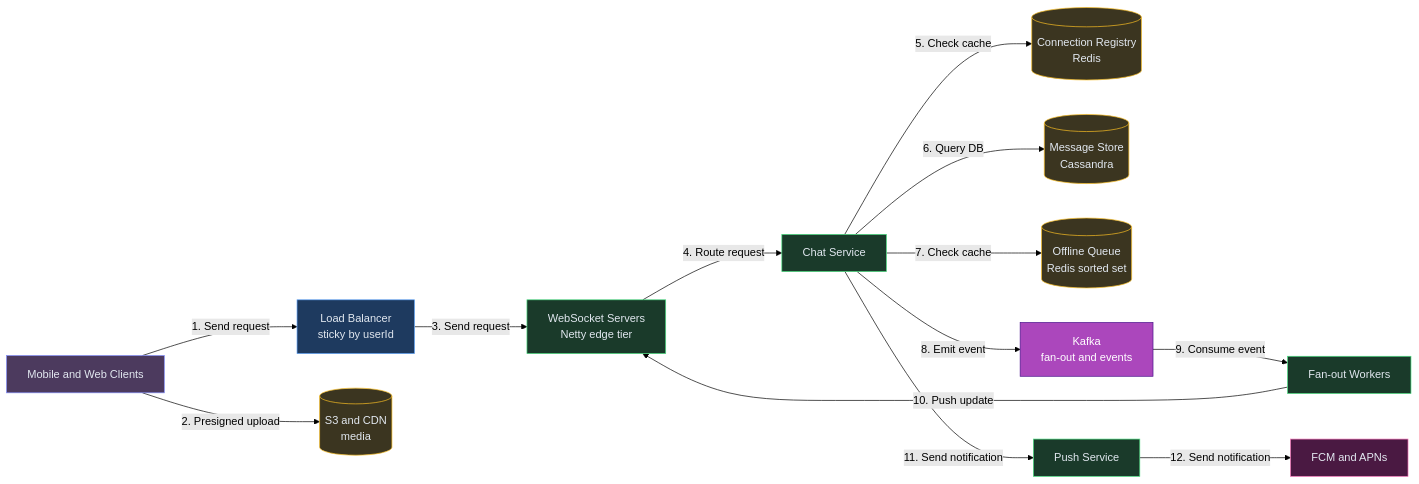
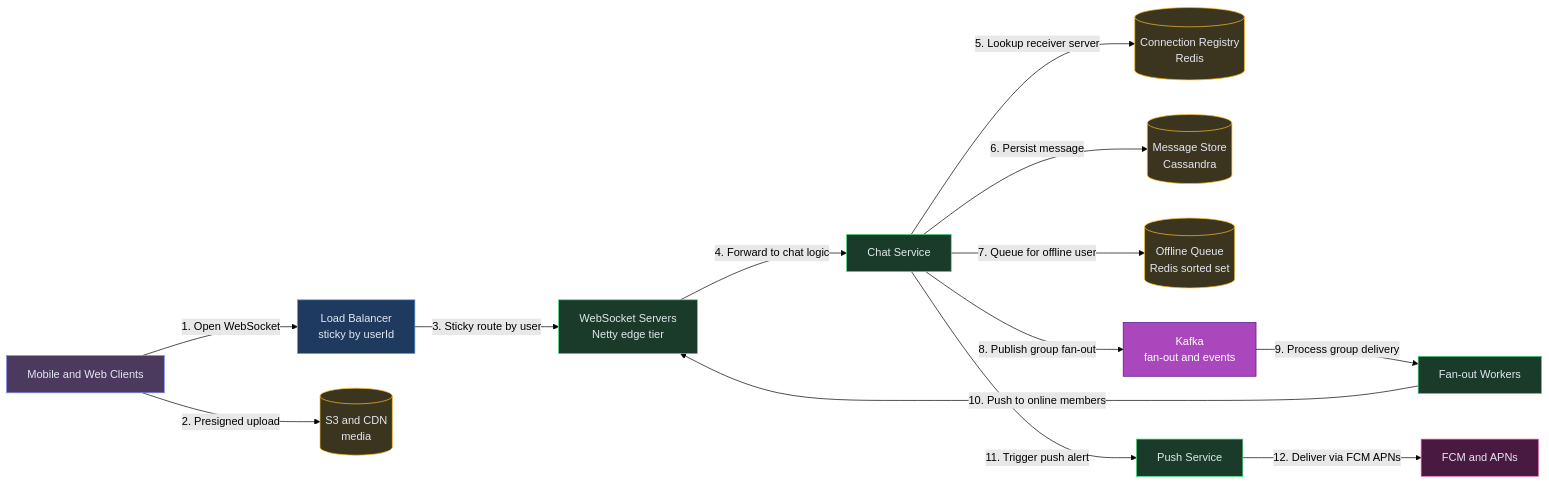
One commit to iluzn/HLD-Designs changed the sixth of 6 diagrams in content/hld/ChatSystem.md. Above: the diagram before and after it, drawn with Mermaid (forest theme). The commit also changed other lines of this file and 27 other files, not shown here.

````diff
--- a/content/hld/ChatSystem.md
+++ b/content/hld/ChatSystem.md
@@ -498,35 +498,35 @@
 ```mermaid
 flowchart LR
     CLIENTS["Mobile and Web Clients"]:::client
     LB["Load Balancer<br/>sticky by userId"]:::edge
     WS["WebSocket Servers<br/>Netty edge tier"]:::service
     CHAT["Chat Service"]:::service
     REG[("Connection Registry<br/>Redis")]:::data
     STORE[("Message Store<br/>Cassandra")]:::data
     OFFLINE[("Offline Queue<br/>Redis sorted set")]:::data
     K["Kafka<br/>fan-out and events"]:::async
     FAN["Fan-out Workers"]:::service
     PUSH["Push Service"]:::service
     MEDIA[("S3 and CDN<br/>media")]:::data
     FCM["FCM and APNs"]:::external
 
-    CLIENTS -->|"1. Send request"| LB
+    CLIENTS -->|"1. Open WebSocket"| LB
     CLIENTS -->|"2. Presigned upload"| MEDIA
-    LB -->|"3. Send request"| WS
-    WS -->|"4. Route request"| CHAT
-    CHAT -->|"5. Check cache"| REG
-    CHAT -->|"6. Query DB"| STORE
-    CHAT -->|"7. Check cache"| OFFLINE
-    CHAT -->|"8. Emit event"| K
-    K -->|"9. Consume event"| FAN
-    FAN -->|"10. Push update"| WS
-    CHAT -->|"11. Send notification"| PUSH
-    PUSH -->|"12. Send notification"| FCM
+    LB -->|"3. Sticky route by user"| WS
+    WS -->|"4. Forward to chat logic"| CHAT
+    CHAT -->|"5. Lookup receiver server"| REG
+    CHAT -->|"6. Persist message"| STORE
+    CHAT -->|"7. Queue for offline user"| OFFLINE
+    CHAT -->|"8. Publish group fan-out"| K
+    K -->|"9. Process group delivery"| FAN
+    FAN -->|"10. Push to online members"| WS
+    CHAT -->|"11. Trigger push alert"| PUSH
+    PUSH -->|"12. Deliver via FCM APNs"| FCM
 
     classDef client fill:#4c3a5e,stroke:#818cf8,color:#e2e8f0
     classDef edge fill:#1e3a5f,stroke:#60a5fa,color:#e2e8f0
     classDef service fill:#1a3a2a,stroke:#4ade80,color:#e2e8f0
     classDef async fill:#AB47BC,stroke:#4A148C,color:#fff
     classDef data fill:#3b3520,stroke:#fbbf24,color:#e2e8f0
     classDef external fill:#4a1942,stroke:#f472b6,color:#e2e8f0
 ```
````
